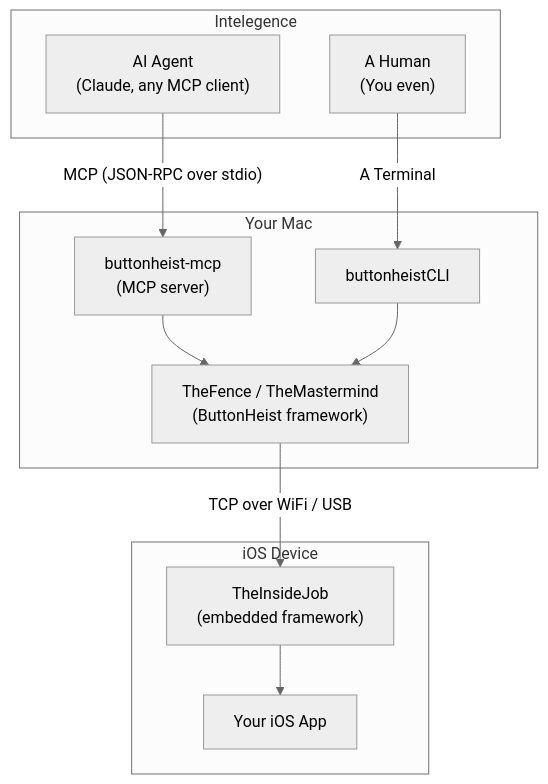
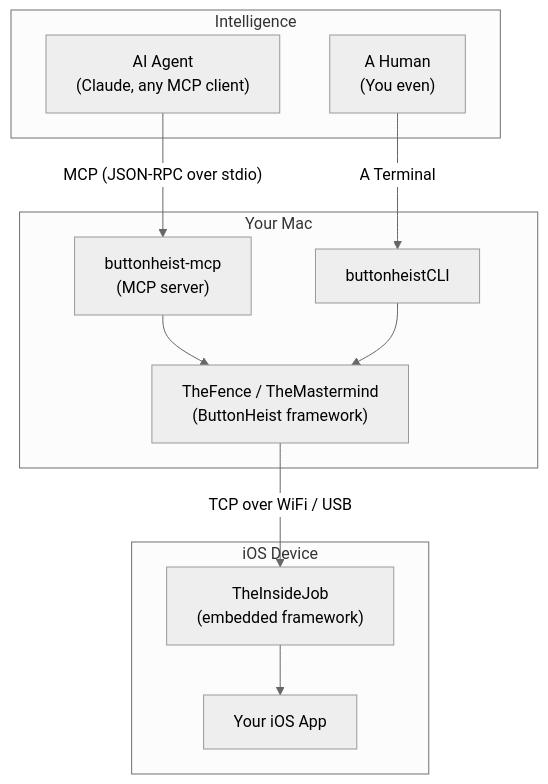
Before and after one commit to RoyalPineapple/TheButtonHeist: the diagram in README.md, drawn with Mermaid (neutral theme).

Commit message:
Fix typo in 'Intelligence' section of README

````diff
--- a/README.md
+++ b/README.md
@@ -55,34 +55,34 @@
 ```mermaid
 %% If you can read this, the diagram isn't rendering. Try github.com in a browser.
 graph TD
     AI["AI Agent<br/>(Claude, any MCP client)"]
     HUMAN["A Human<br/> (You even)"]
     MCP["buttonheist-mcp<br/>(MCP server)"]
     CLI["buttonheistCLI"]
     Client["TheFence / TheMastermind<br/>(ButtonHeist framework)"]
     IJ["TheInsideJob<br/>(embedded framework)"]
     App["Your iOS App"]
 
     AI -->|"MCP (JSON-RPC over stdio)"| MCP
     MCP --> Client
     HUMAN -->|"A Terminal"| CLI
     CLI --> Client
     Client -->|"TCP over WiFi / USB"| IJ
     IJ --> App
 
-    subgraph Intelegence["Intelegence"]
+    subgraph Intelligence["Intelligence"]
         HUMAN
         AI
     end
 
     subgraph Mac["Your Mac"]
         MCP
         CLI
         Client
     end
 
     subgraph Device["iOS Device"]
         IJ
         App
     end
 ```
````
